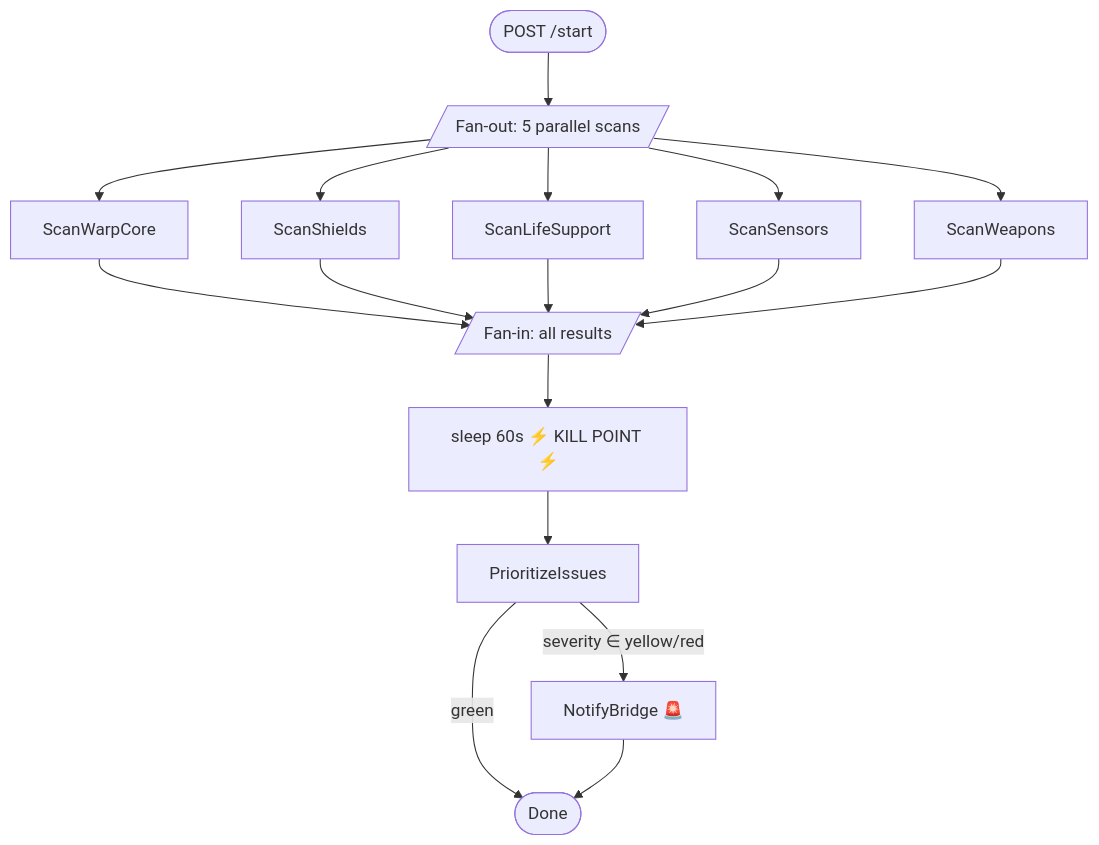
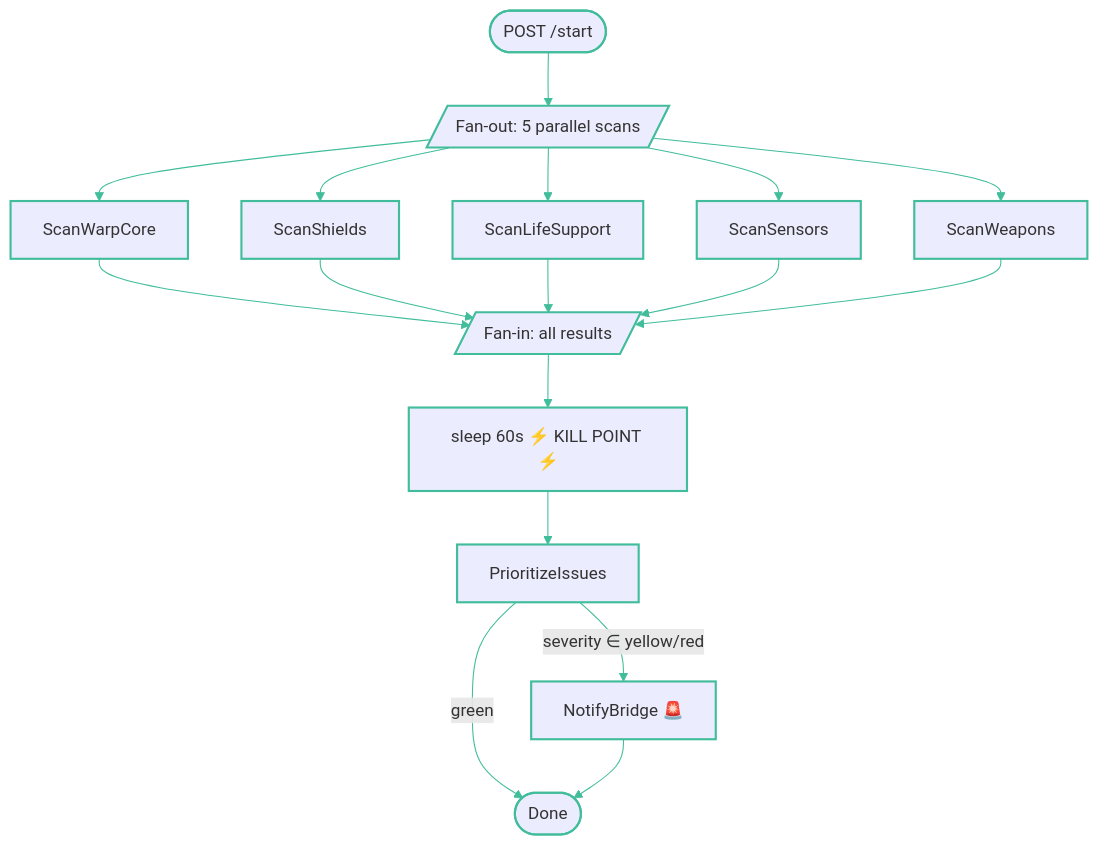
The diagram in slides/05-demo/01-scenario.md (diagrid-labs/durable-execution-battle), drawn with Mermaid before and after one commit. The commit also changed 51 other files, not shown here.

````diff
--- a/slides/05-demo/01-scenario.md
+++ b/slides/05-demo/01-scenario.md
@@ -10,16 +10,18 @@
 ```mermaid
 flowchart TD
   Start([POST /start])
   Start --> FanOut[/Fan-out: 5 parallel scans/]
   FanOut --> S1[ScanWarpCore]
   FanOut --> S2[ScanShields]
   FanOut --> S3[ScanLifeSupport]
   FanOut --> S4[ScanSensors]
   FanOut --> S5[ScanWeapons]
   S1 & S2 & S3 & S4 & S5 --> FanIn[/Fan-in: all results/]
   FanIn --> Sleep["sleep 60s ⚡ KILL POINT ⚡"]
   Sleep --> Prio[PrioritizeIssues]
   Prio -->|severity ∈ yellow/red| Notify[NotifyBridge 🚨]
   Prio -->|green| Done([Done])
   Notify --> Done
+  classDef default stroke:#41bd9b,stroke-width:2px
+  linkStyle default stroke:#41bd9b,stroke-width:1px
 ```
````
